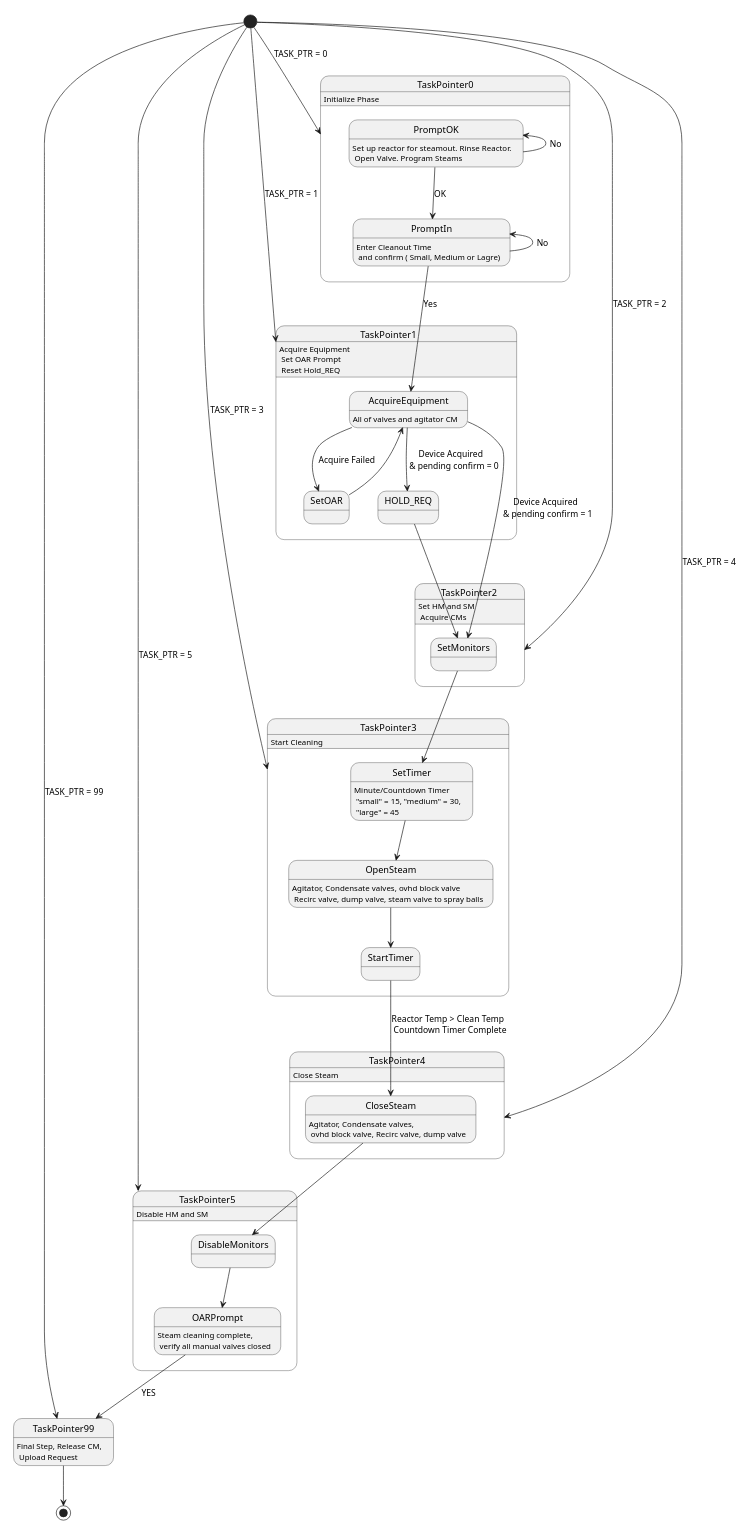
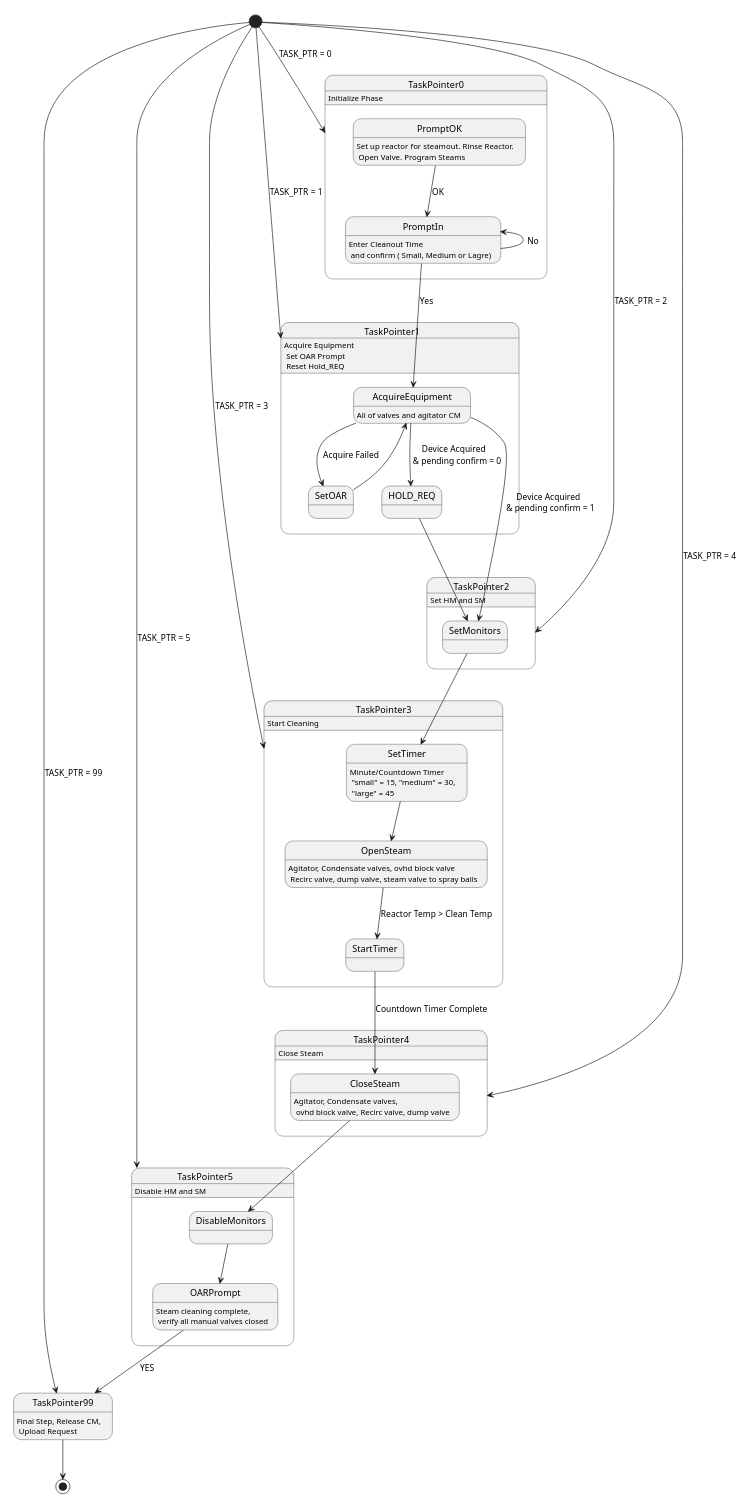
Before and after one commit to mekcrab/Solvay_test: the diagram in TESTSPEC_VPENG/PH_AL_CLN_STM.puml, drawn with PlantUML.

Commit message:
Solvay want to start the timer after the reactor temperature reached clean temperature.

```diff
--- a/TESTSPEC_VPENG/PH_AL_CLN_STM.puml
+++ b/TESTSPEC_VPENG/PH_AL_CLN_STM.puml
@@ -1,90 +1,90 @@
 @startuml
 scale 550 width
 
 [*] --> TaskPointer0: TASK_PTR = 0
 [*] --> TaskPointer1: TASK_PTR = 1
 [*] --> TaskPointer2: TASK_PTR = 2
 [*] --> TaskPointer3: TASK_PTR = 3
 [*] --> TaskPointer4: TASK_PTR = 4
 [*] --> TaskPointer5: TASK_PTR = 5
 [*] --> TaskPointer99: TASK_PTR = 99
 
 
 TaskPointer0: Initialize Phase
 state TaskPointer0{
 
 PromptOK: Set up reactor for steamout. Rinse Reactor. \n Open Valve. Program Steams
-PromptOK -up-> PromptOK: No
+
 
 PromptOK --> PromptIn: OK
 PromptIn: Enter Cleanout Time \n and confirm ( Small, Medium or Lagre)
-PromptIn -up-> PromptIn: No 
+PromptIn -up-> PromptIn: No
 
 
 }
 
 
 TaskPointer1:  Acquire Equipment \n Set OAR Prompt \n Reset Hold_REQ
 
 state TaskPointer1 {
 
 PromptIn --> AcquireEquipment: Yes
 AcquireEquipment --> SetOAR: Acquire Failed
 AcquireEquipment: All of valves and agitator CM
 SetOAR --> AcquireEquipment
 AcquireEquipment --> HOLD_REQ: Device Acquired  \n & pending confirm = 0
 
 
 }
 
 
 
-TaskPointer2: Set HM and SM \n Acquire CMs
+TaskPointer2: Set HM and SM
 
 state TaskPointer2 {
 
 AcquireEquipment --> SetMonitors: Device Acquired \n & pending confirm = 1
 HOLD_REQ --> SetMonitors
 
 }
 
 
 TaskPointer3: Start Cleaning
 
 state TaskPointer3 {
 
 SetMonitors --> SetTimer
 SetTimer: Minute/Countdown Timer \n "small" = 15, "medium" = 30, \n "large" = 45
 
 SetTimer --> OpenSteam
 OpenSteam: Agitator, Condensate valves, ovhd block valve \n Recirc valve, dump valve, steam valve to spray balls
 
-OpenSteam --> StartTimer
+OpenSteam --> StartTimer: Reactor Temp > Clean Temp
 
 }
 
 
 TaskPointer4: Close Steam
 state TaskPointer4{
-StartTimer --> CloseSteam: Reactor Temp > Clean Temp \n Countdown Timer Complete
+StartTimer --> CloseSteam: Countdown Timer Complete
 CloseSteam: Agitator, Condensate valves, \n ovhd block valve, Recirc valve, dump valve
 
 }
 
 
 TaskPointer5: Disable HM and SM
 
 state TaskPointer5 {
 CloseSteam --> DisableMonitors
 
 DisableMonitors --> OARPrompt
 
 OARPrompt --> TaskPointer99: YES
 OARPrompt: Steam cleaning complete, \n verify all manual valves closed
 
 }
 
 TaskPointer99: Final Step, Release CM, \n Upload Request
 
 TaskPointer99 --> [*]
 @enduml
```
